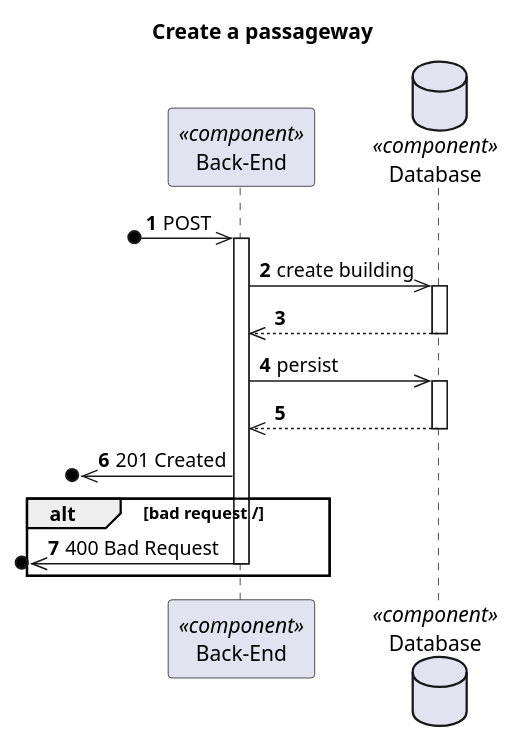
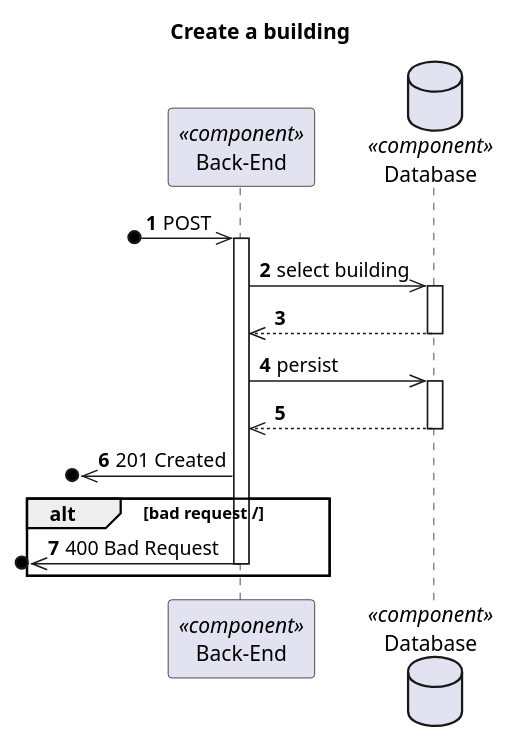
The diagram in docs/Vista Processo/US150/ProcessView_Level3_US150.puml (1210910/lapr5), drawn with PlantUML before and after one commit. The commit also changed 33 other files, not shown here.

```diff
--- a/docs/Vista Processo/US150/ProcessView_Level3_US150.puml
+++ b/docs/Vista Processo/US150/ProcessView_Level3_US150.puml
@@ -1,32 +1,32 @@
 @startuml Process View - Level 3
 
 autonumber
 skinparam packageStyle rect
 
-title Create a passageway
+title Create a building
 
 participant "Back-End" as BE <<component>>
 database "Database" as DB <<component>>
 
 ?o->> BE : POST
 
 activate BE
 
-BE ->> DB : create building
+BE ->> DB : select building
 activate DB
 DB -->> BE
 deactivate DB
 
 BE ->> DB : persist
 activate DB
 DB -->> BE
 deactivate DB
 
 ?o<<- BE : 201 Created
 
 alt bad request /
 ?o<<- BE : 400 Bad Request
 deactivate BE
 end
 
 @enduml
```
